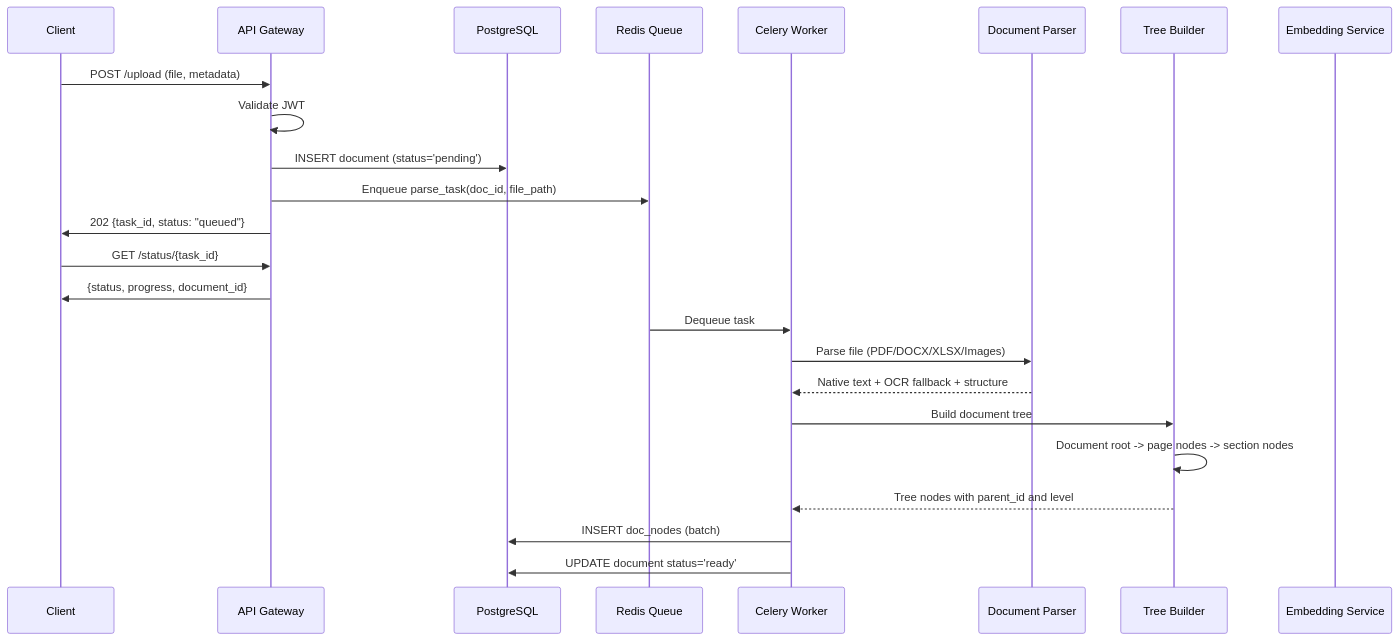
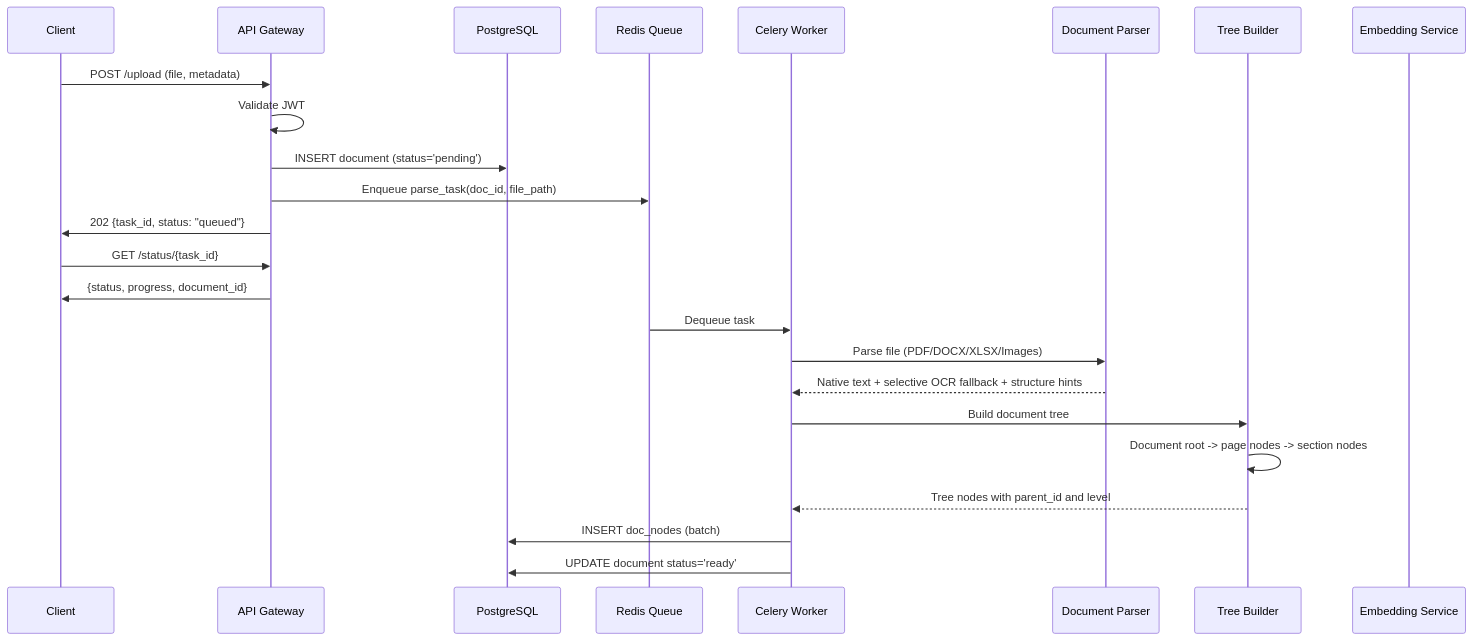
The first of 4 diagrams in docs/03_CORE_WORKFLOWS.md (qtuanph/chatbot-rag), drawn with Mermaid before and after one commit. The commit also changed other lines of this file and 24 other files, not shown here.

````diff
--- a/docs/03_CORE_WORKFLOWS.md
+++ b/docs/03_CORE_WORKFLOWS.md
@@ -7,30 +7,30 @@
 ```mermaid
 sequenceDiagram
     participant C as Client
     participant API as API Gateway
     participant DB as PostgreSQL
     participant Redis as Redis Queue
     participant Worker as Celery Worker
     participant Parser as Document Parser
     participant Tree as Tree Builder
     participant Embed as Embedding Service
 
     C->>API: POST /upload (file, metadata)
     API->>API: Validate JWT
     API->>DB: INSERT document (status='pending')
     API->>Redis: Enqueue parse_task(doc_id, file_path)
     API->>C: 202 {task_id, status: "queued"}
     C->>API: GET /status/{task_id}
     API->>C: {status, progress, document_id}
 
     Redis->>Worker: Dequeue task
     Worker->>Parser: Parse file (PDF/DOCX/XLSX/Images)
-    Parser-->>Worker: Native text + OCR fallback + structure
+    Parser-->>Worker: Native text + selective OCR fallback + structure hints
 
     Worker->>Tree: Build document tree
     Tree->>Tree: Document root -> page nodes -> section nodes
     Tree-->>Worker: Tree nodes with parent_id and level
 
     Worker->>DB: INSERT doc_nodes (batch)
     Worker->>DB: UPDATE document status='ready'
 ```
````
